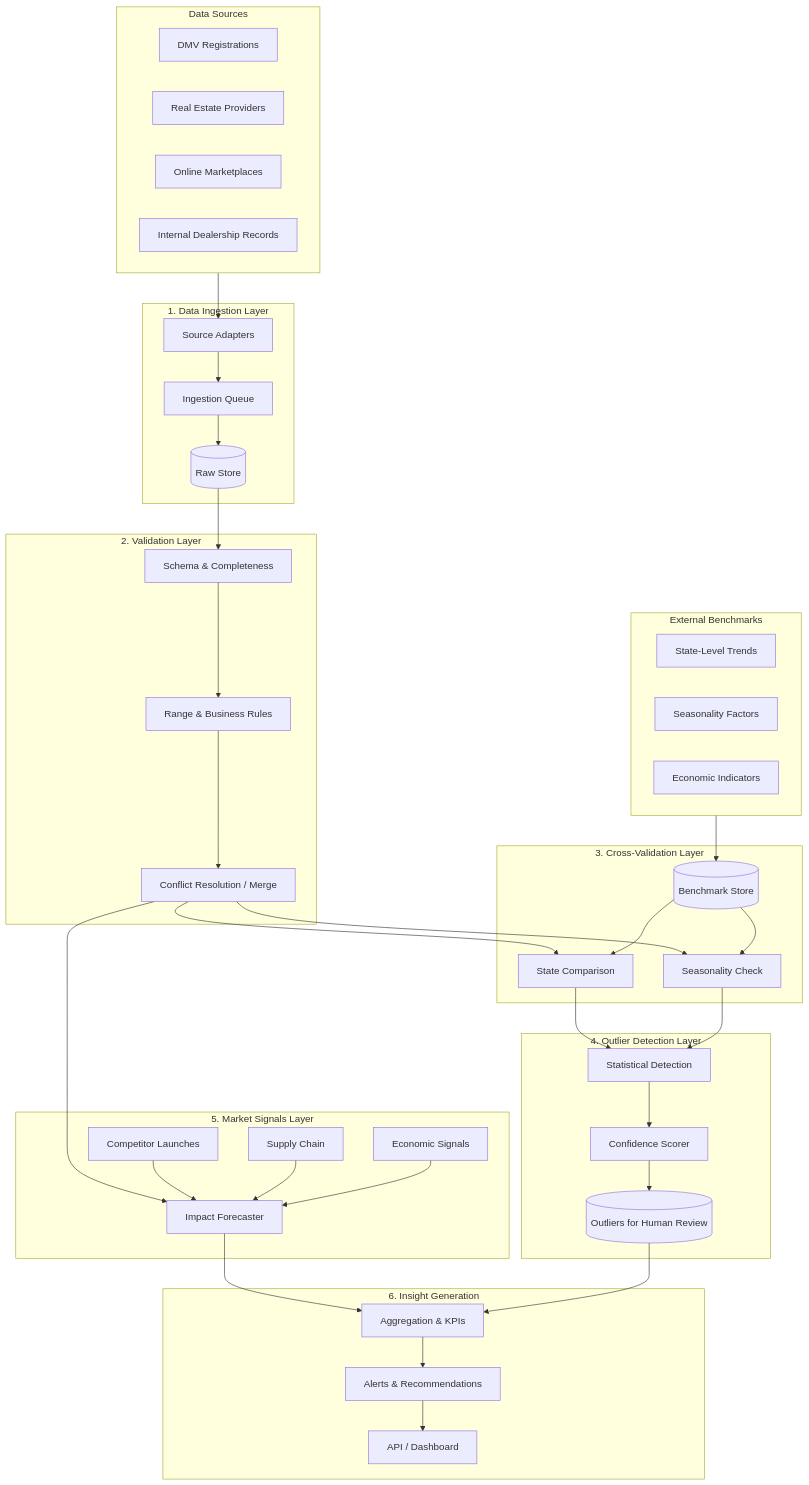
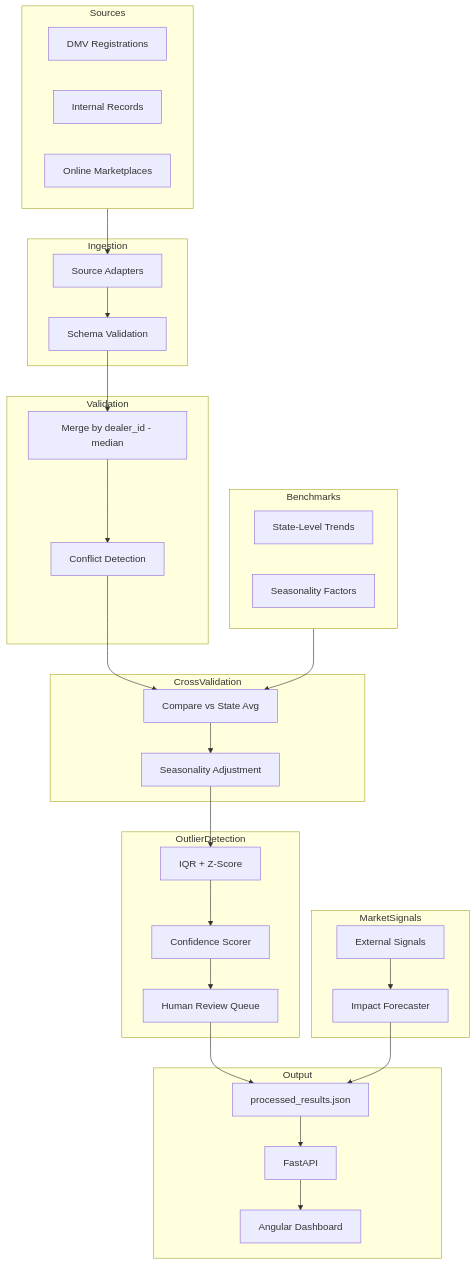
One commit to jayant924/Jump-Interview changed the diagram in docs/ARCHITECTURE.md. Above: the diagram before and after it, drawn with Mermaid. The commit also changed other lines of this file and 22 other files, not shown here.

````diff
--- a/docs/ARCHITECTURE.md
+++ b/docs/ARCHITECTURE.md
@@ -9,76 +30,54 @@
 ```mermaid
 flowchart TB
-    subgraph SOURCES["Data Sources"]
+    subgraph Sources
         DMV[DMV Registrations]
-        RE[Real Estate Providers]
+        INT[Internal Records]
         MKT[Online Marketplaces]
-        INT[Internal Dealership Records]
     end
 
-    subgraph INGESTION["1. Data Ingestion Layer"]
-        ADAPTERS[Source Adapters]
-        QUEUE[Ingestion Queue]
-        RAW[(Raw Store)]
+    subgraph Ingestion
+        ADAPT[Source Adapters]
+        SCHEMA[Schema Validation]
     end
 
-    subgraph VALIDATION["2. Validation Layer"]
-        SCHEMA[Schema & Completeness]
-        RANGE[Range & Business Rules]
-        DEDUP[Conflict Resolution / Merge]
+    subgraph Validation
+        MERGE[Merge by dealer_id - median]
+        CONFLICT[Conflict Detection]
     end
 
-    subgraph BENCHMARKS["External Benchmarks"]
+    subgraph Benchmarks
         STATE[State-Level Trends]
         SEASON[Seasonality Factors]
-        ECON[Economic Indicators]
     end
 
-    subgraph CROSSVAL["3. Cross-Validation Layer"]
-        STATE_CMP[State Comparison]
-        SEASON_CMP[Seasonality Check]
-        BENCH_STORE[(Benchmark Store)]
+    subgraph CrossValidation
+        CMP[Compare vs State Avg]
+        ADJ[Seasonality Adjustment]
     end
 
-    subgraph OUTLIER["4. Outlier Detection Layer"]
-        STAT[Statistical Detection]
+    subgraph OutlierDetection
+        IQR[IQR + Z-Score]
         CONF[Confidence Scorer]
-        REVIEW[(Outliers for Human Review)]
+        REVIEW[Human Review Queue]
     end
 
-    subgraph SIGNALS["5. Market Signals Layer"]
-        COMP[Competitor Launches]
-        SUPPLY[Supply Chain]
-        ECON_SIG[Economic Signals]
+    subgraph MarketSignals
+        SIG[External Signals]
         IMPACT[Impact Forecaster]
     end
 
-    subgraph INSIGHTS["6. Insight Generation"]
-        AGG[Aggregation & KPIs]
-        ALERTS[Alerts & Recommendations]
-        API[API / Dashboard]
+    subgraph Output
+        JSON[processed_results.json]
+        API[FastAPI]
+        DASH[Angular Dashboard]
     end
 
-    SOURCES --> ADAPTERS
-    ADAPTERS --> QUEUE
-    QUEUE --> RAW
-    RAW --> SCHEMA
-    SCHEMA --> RANGE
-    RANGE --> DEDUP
-    BENCHMARKS --> BENCH_STORE
-    DEDUP --> STATE_CMP
-    DEDUP --> SEASON_CMP
-    BENCH_STORE --> STATE_CMP
-    BENCH_STORE --> SEASON_CMP
-    STATE_CMP --> STAT
-    SEASON_CMP --> STAT
-    STAT --> CONF
-    CONF --> REVIEW
-    DEDUP --> IMPACT
-    COMP --> IMPACT
-    SUPPLY --> IMPACT
-    ECON_SIG --> IMPACT
-    IMPACT --> AGG
-    REVIEW --> AGG
-    AGG --> ALERTS
-    ALERTS --> API
+    Sources --> ADAPT --> SCHEMA
+    SCHEMA --> MERGE --> CONFLICT
+    CONFLICT --> CMP
+    Benchmarks --> CMP
+    CMP --> ADJ --> IQR --> CONF --> REVIEW
+    REVIEW --> JSON
+    SIG --> IMPACT --> JSON
+    JSON --> API --> DASH
 ```
````
